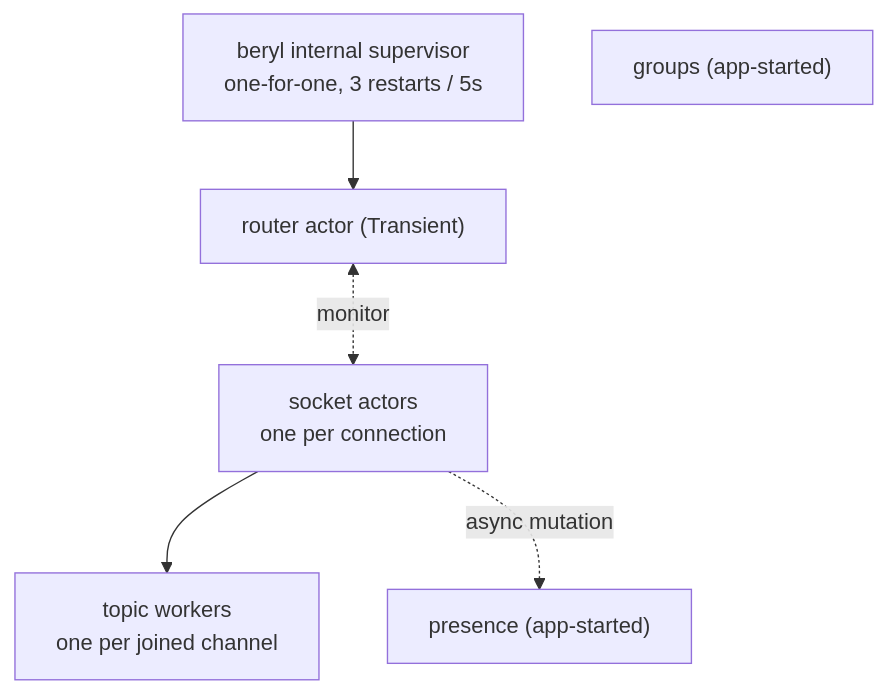
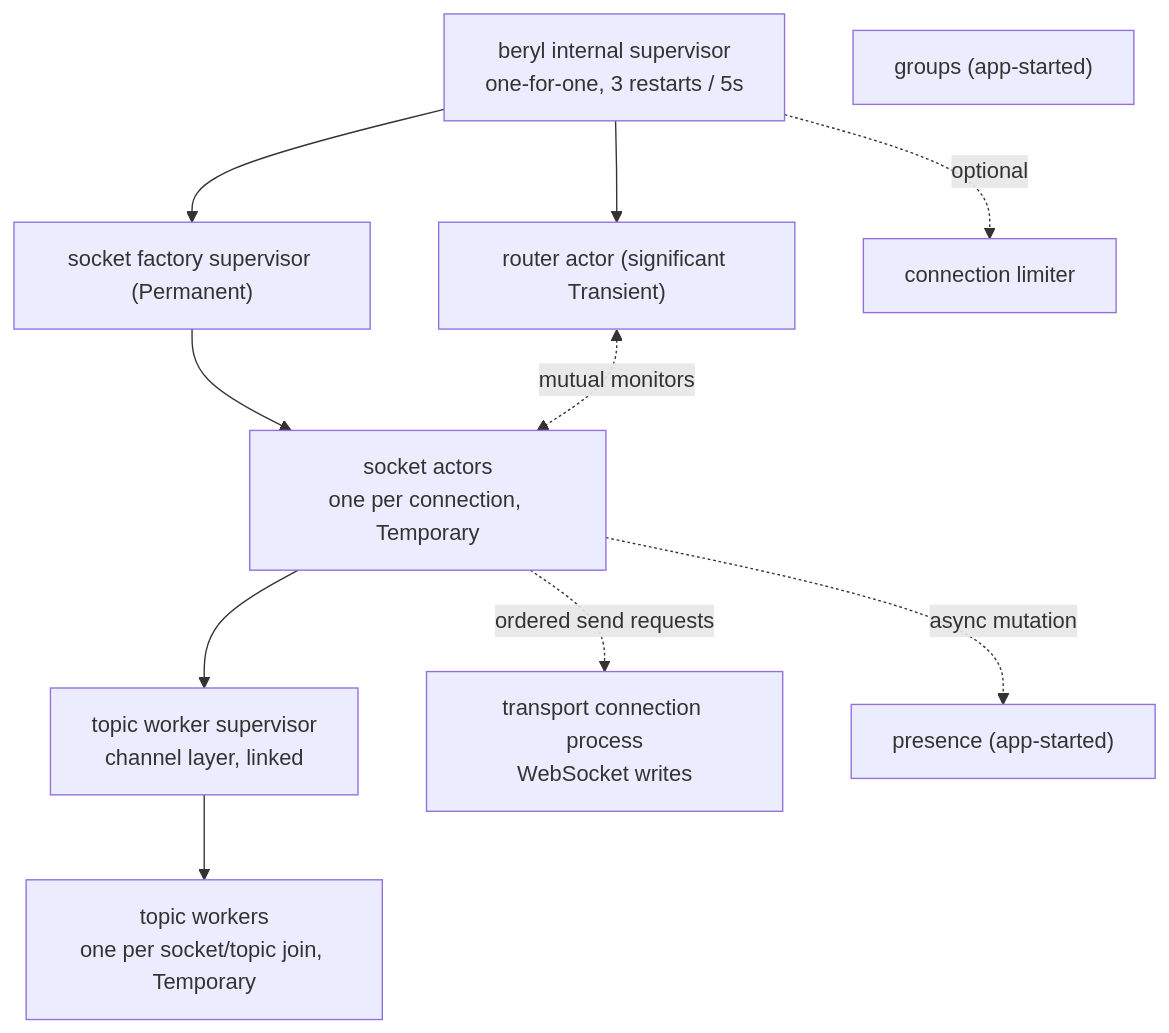
The second of 2 diagrams in website/src/content/docs/architecture/overview.md (tylerbutler/beryl), drawn with Mermaid before and after one commit. The commit also changed other lines of this file and 8 other files, not shown here.

First line of the commit message:
docs: align architecture with runtime (#402)

````diff
--- a/website/src/content/docs/architecture/overview.md
+++ b/website/src/content/docs/architecture/overview.md
@@ -69,10 +73,15 @@
 ```mermaid
 flowchart TB
   S["beryl internal supervisor<br/>one-for-one, 3 restarts / 5s"]
-  S --> RT["router actor (Transient)"]
-  RT <-. "monitor" .-> SA["socket actors<br/>one per connection"]
-  SA --> TW["topic workers<br/>one per joined channel"]
+  S --> SF["socket factory supervisor (Permanent)"]
+  SF --> SA["socket actors<br/>one per connection, Temporary"]
+  S --> RT["router actor (significant Transient)"]
+  S -. optional .-> CL["connection limiter"]
+  RT <-. "mutual monitors" .-> SA
+  SA --> TS["topic worker supervisor<br/>channel layer, linked"]
+  TS --> TW["topic workers<br/>one per socket/topic join, Temporary"]
+  SA -. "ordered send requests" .-> T["transport connection process<br/>WebSocket writes"]
   PR["presence (app-started)"]
   GR["groups (app-started)"]
   SA -. "async mutation" .-> PR
 ```
````
